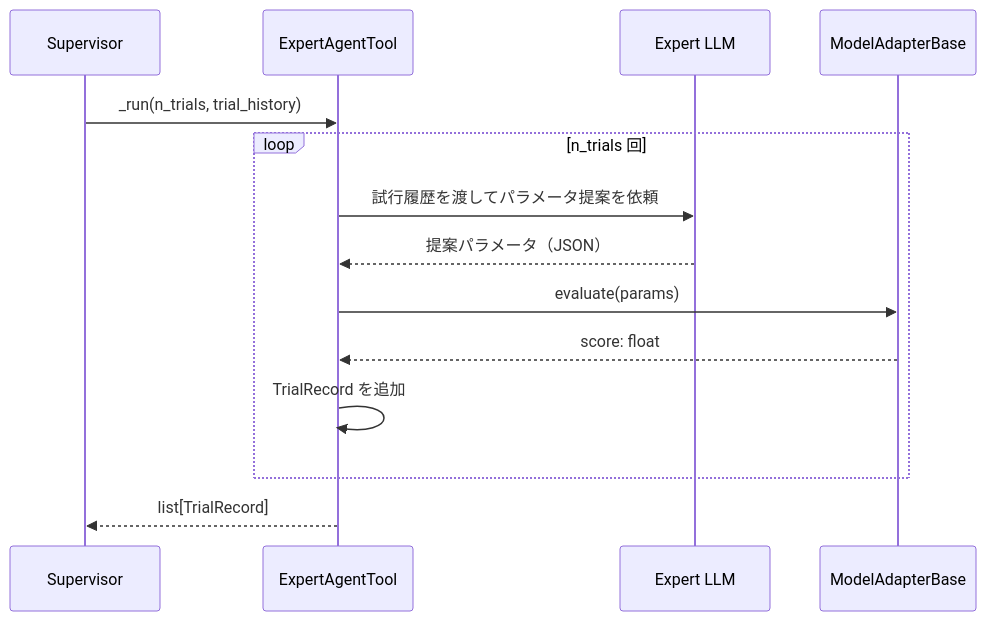
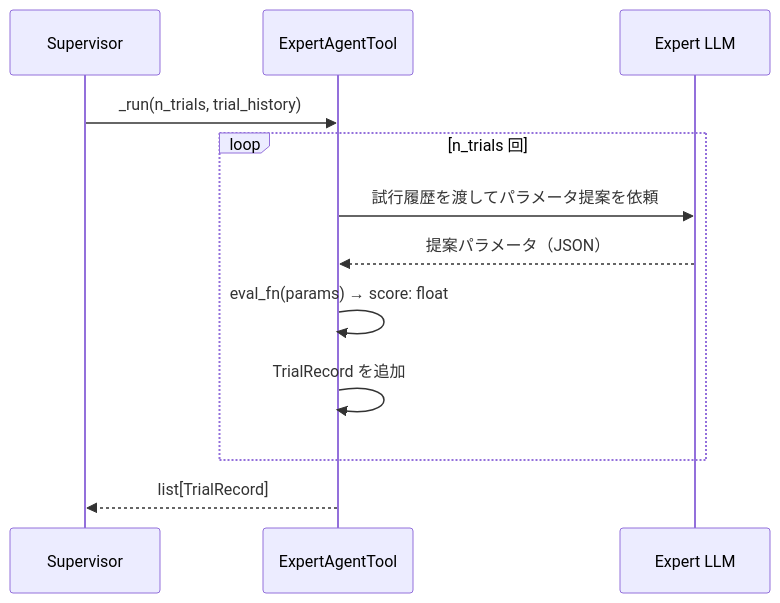
Before and after one commit to usha-takeshige/HPO-Agent: the second of 3 diagrams in doc/impl_design.md, drawn with Mermaid. The commit also changed other lines of this file and 7 other files, not shown here.

````diff
--- a/doc/impl_design.md
+++ b/doc/impl_design.md
@@ -594,17 +502,15 @@
 ```mermaid
 sequenceDiagram
     participant Supervisor
     participant ExpertAgentTool
     participant LLM as Expert LLM
-    participant ModelAdapterBase
 
     Supervisor->>ExpertAgentTool: _run(n_trials, trial_history)
     loop n_trials 回
         ExpertAgentTool->>LLM: 試行履歴を渡してパラメータ提案を依頼
         LLM-->>ExpertAgentTool: 提案パラメータ（JSON）
-        ExpertAgentTool->>ModelAdapterBase: evaluate(params)
-        ModelAdapterBase-->>ExpertAgentTool: score: float
+        ExpertAgentTool->>ExpertAgentTool: eval_fn(params) → score: float
         ExpertAgentTool->>ExpertAgentTool: TrialRecord を追加
     end
     ExpertAgentTool-->>Supervisor: list[TrialRecord]
 ```
````
